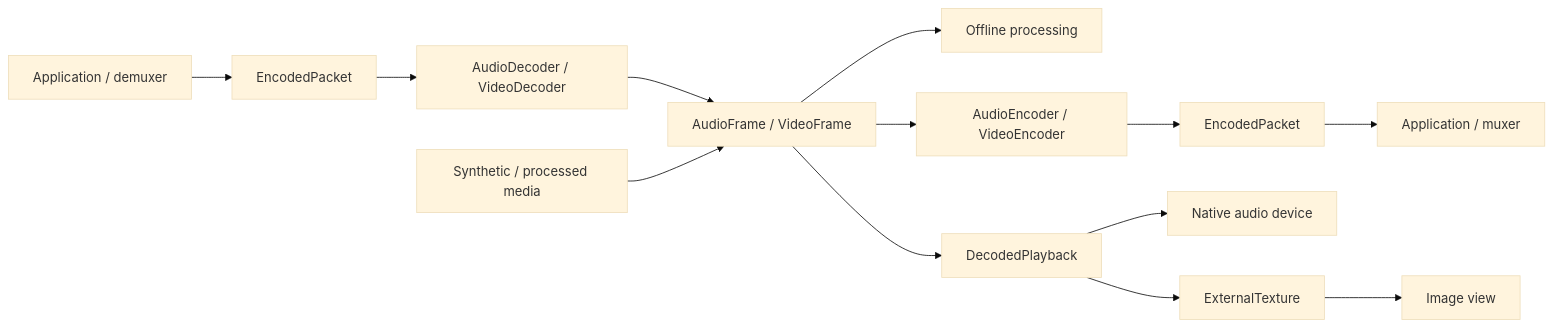
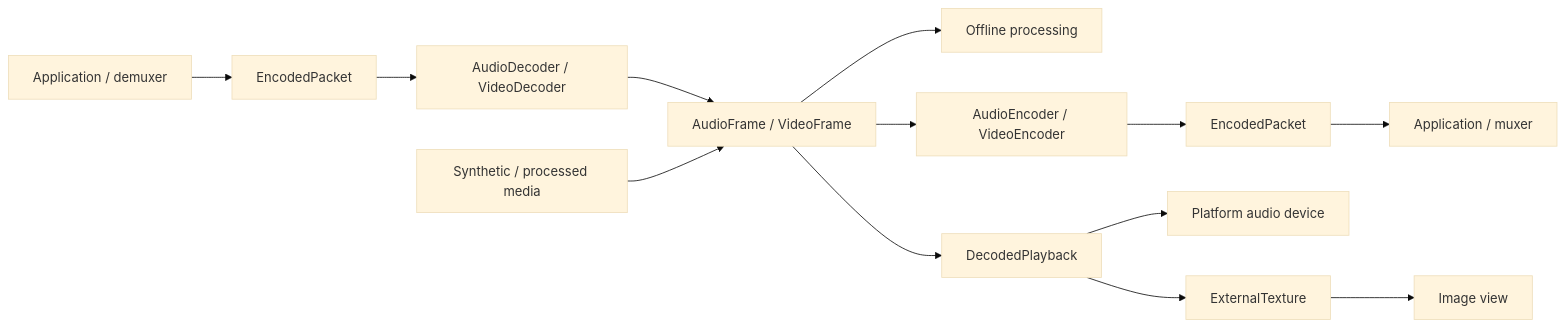
Before and after one commit to HuxerUI/Lib-Media: the diagram in docs/codec-design.md, drawn with Mermaid (base theme). The commit also changed other lines of this file and 146 other files, not shown here.

````diff
--- a/docs/codec-design.md
+++ b/docs/codec-design.md
@@ -25,15 +25,15 @@
 ```mermaid
 flowchart LR
     Source[Application / demuxer] --> Packet[EncodedPacket]
     Packet --> Decoder[AudioDecoder / VideoDecoder]
     Decoder --> Frame[AudioFrame / VideoFrame]
     Generator[Synthetic / processed media] --> Frame
     Frame --> Processing[Offline processing]
     Frame --> Encoder[AudioEncoder / VideoEncoder]
     Encoder --> Encoded[EncodedPacket]
     Encoded --> Sink[Application / muxer]
     Frame --> Playback[DecodedPlayback]
-    Playback --> Audio[Native audio device]
+    Playback --> Audio[Platform audio device]
     Playback --> Texture[ExternalTexture]
     Texture --> View[Image view]
 ```
````
